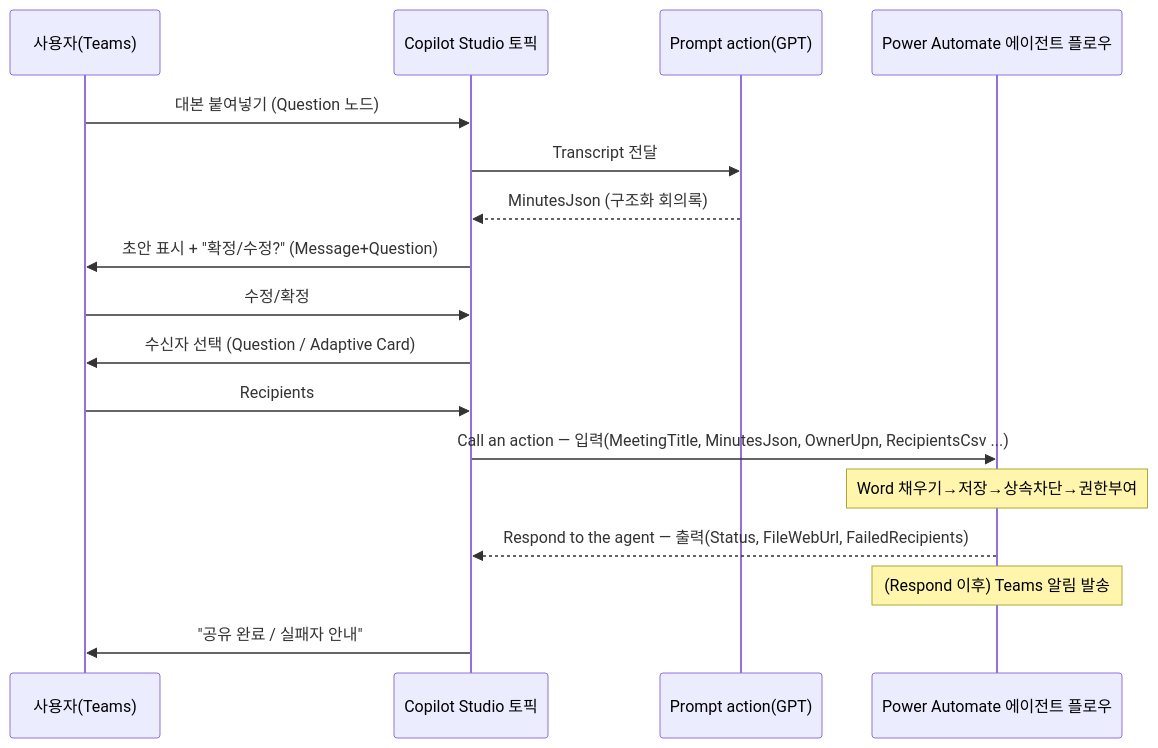
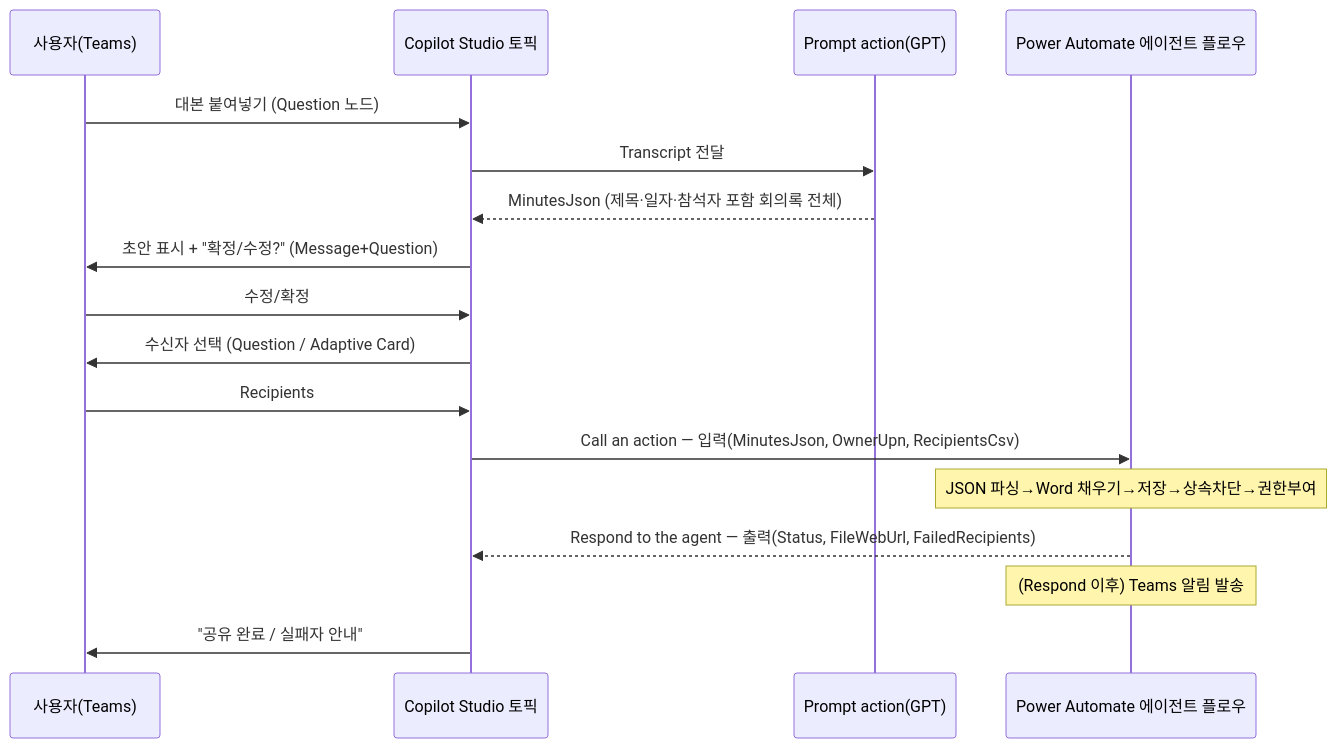
One commit to tlsqhdrbek-debug/ms-design-agents changed the second of 2 diagrams in docs/designs/20260528_회의록자동화에이전트.md. Above: the diagram before and after it, drawn with Mermaid. The commit also changed other lines of this file, not shown here.

Commit message:
design: 회의록 요약 단계 명확화 — Prompt 노드 단일화, 제목·일자 자동 추출 예시·지시문 전문 추가

````diff
--- a/docs/designs/20260528_회의록자동화에이전트.md
+++ b/docs/designs/20260528_회의록자동화에이전트.md
@@ -98,19 +98,19 @@
 ```mermaid
 sequenceDiagram
   participant U as 사용자(Teams)
   participant T as Copilot Studio 토픽
   participant P as Prompt action(GPT)
   participant F as Power Automate 에이전트 플로우
   U->>T: 대본 붙여넣기 (Question 노드)
   T->>P: Transcript 전달
-  P-->>T: MinutesJson (구조화 회의록)
+  P-->>T: MinutesJson (제목·일자·참석자 포함 회의록 전체)
   T->>U: 초안 표시 + "확정/수정?" (Message+Question)
   U->>T: 수정/확정
   T->>U: 수신자 선택 (Question / Adaptive Card)
   U->>T: Recipients
-  T->>F: Call an action — 입력(MeetingTitle, MinutesJson, OwnerUpn, RecipientsCsv ...)
-  Note over F: Word 채우기→저장→상속차단→권한부여
+  T->>F: Call an action — 입력(MinutesJson, OwnerUpn, RecipientsCsv)
+  Note over F: JSON 파싱→Word 채우기→저장→상속차단→권한부여
   F-->>T: Respond to the agent — 출력(Status, FileWebUrl, FailedRecipients)
   Note over F: (Respond 이후) Teams 알림 발송
   T->>U: "공유 완료 / 실패자 안내"
 ```
````
